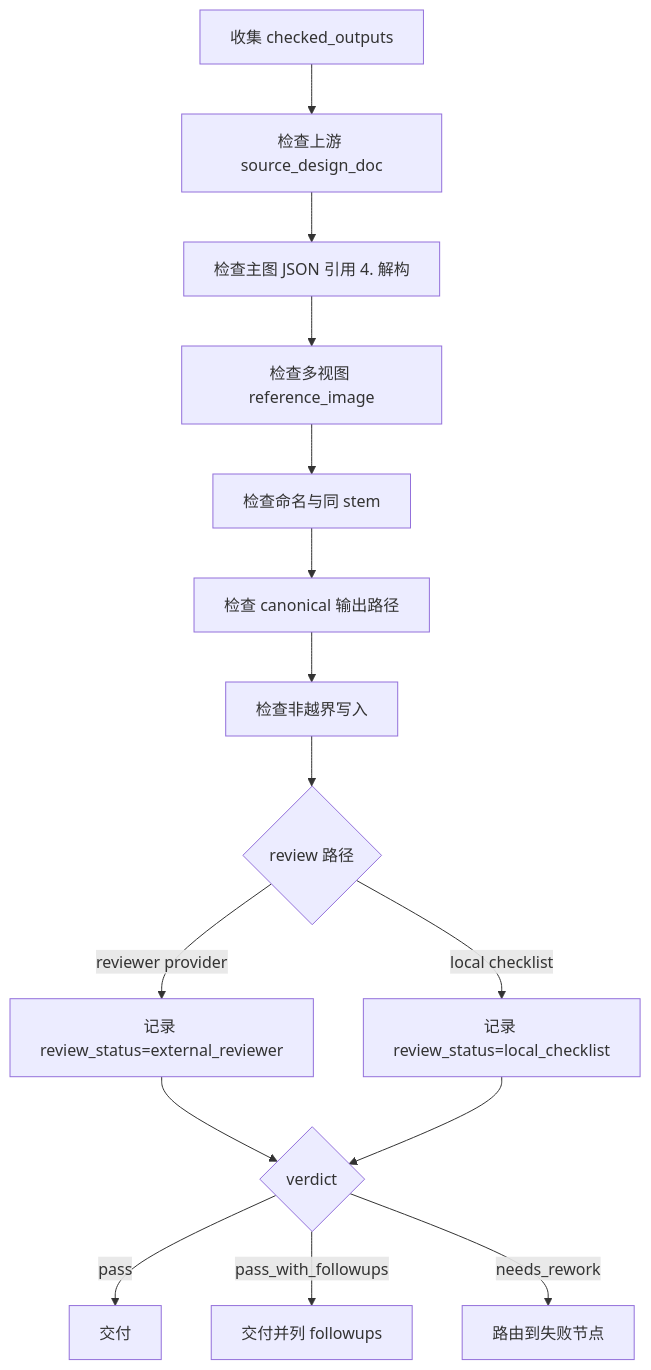
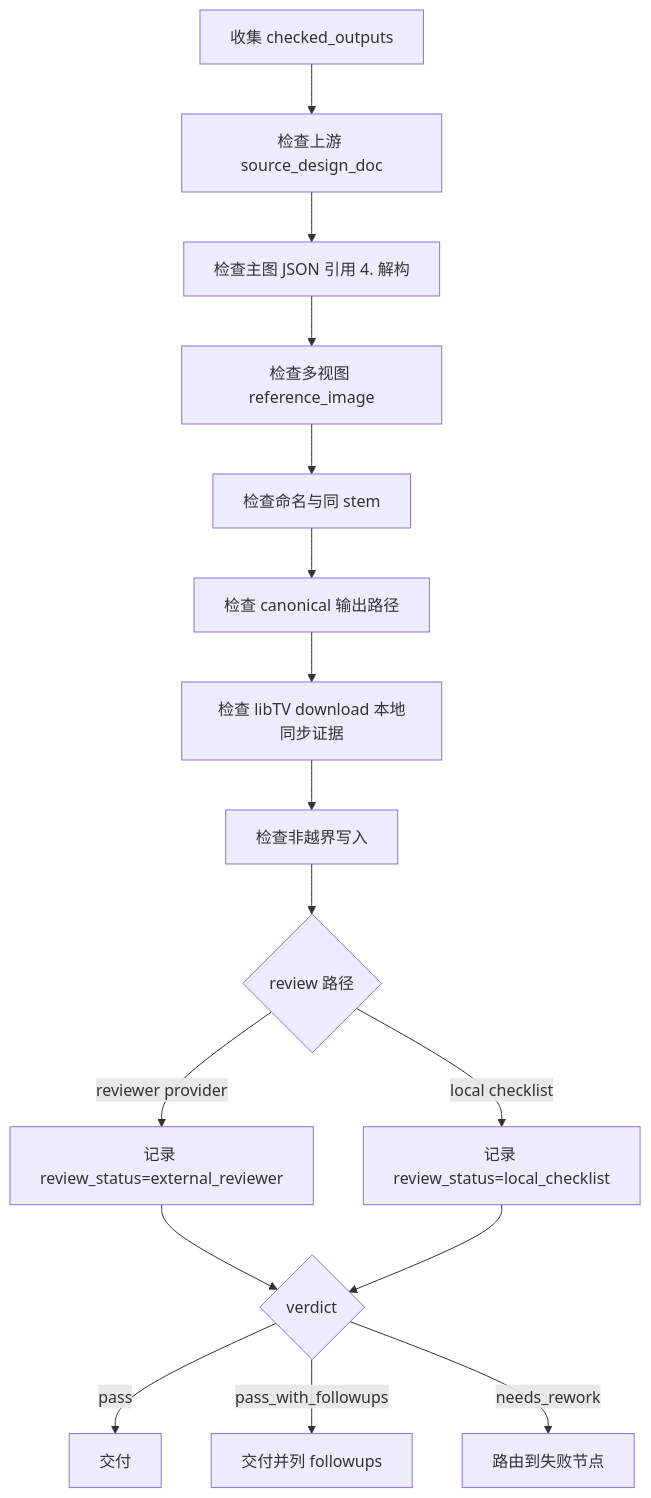
One commit to ZEN-VOID/AI-CUT changed the diagram in .agents/skills/aigc/3-主体/道具/3-生成/review/review-contract.md. Above: the diagram before and after it, drawn with Mermaid. The commit also changed other lines of this file and 439 other files, not shown here.

````diff
--- a/.agents/skills/aigc/3-主体/道具/3-生成/review/review-contract.md
+++ b/.agents/skills/aigc/3-主体/道具/3-生成/review/review-contract.md
@@ -46,17 +52,18 @@
 ```mermaid
 flowchart TD
     A["收集 checked_outputs"] --> B["检查上游 source_design_doc"]
     B --> C["检查主图 JSON 引用 4. 解构"]
     C --> D["检查多视图 reference_image"]
     D --> E["检查命名与同 stem"]
     E --> F["检查 canonical 输出路径"]
-    F --> G["检查非越界写入"]
+    F --> F2["检查 libTV download 本地同步证据"]
+    F2 --> G["检查非越界写入"]
     G --> H{"review 路径"}
     H -->|"reviewer provider"| I["记录 review_status=external_reviewer"]
     H -->|"local checklist"| J["记录 review_status=local_checklist"]
     I --> K{"verdict"}
     J --> K
     K -->|"pass"| L["交付"]
     K -->|"pass_with_followups"| M["交付并列 followups"]
     K -->|"needs_rework"| N["路由到失败节点"]
 ```
````
